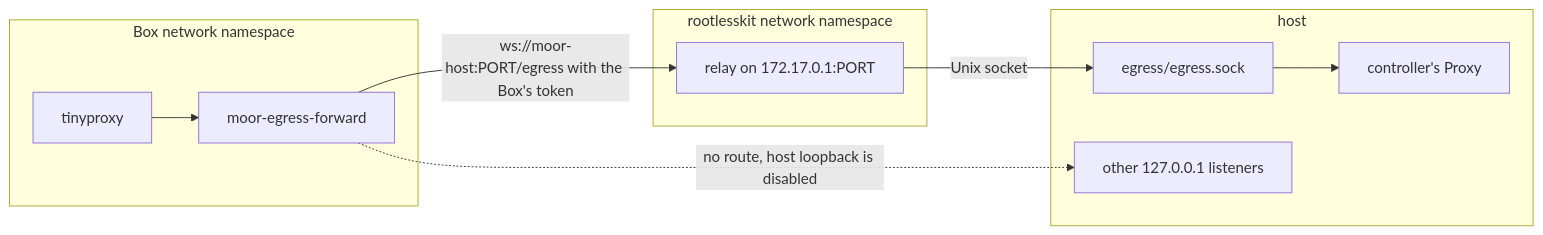
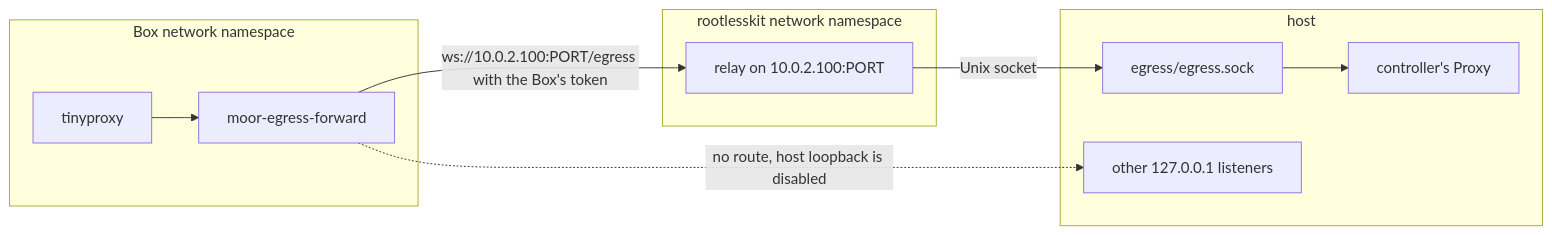
Before and after one commit to IniZio/moor: the diagram in docs/specs/rootless-docker-boxes.md, drawn with Mermaid. The commit also changed other lines of this file, not shown here.

Commit message:
docs(specs): the relay listens on the namespace address, not the gateway

````diff
--- a/docs/specs/rootless-docker-boxes.md
+++ b/docs/specs/rootless-docker-boxes.md
@@ -58,16 +65,16 @@
 ```mermaid
 flowchart LR
   subgraph box["Box network namespace"]
     tp["tinyproxy"] --> fw["moor-egress-forward"]
   end
   subgraph rk["rootlesskit network namespace"]
-    relay["relay on 172.17.0.1:PORT"]
+    relay["relay on 10.0.2.100:PORT"]
   end
   subgraph host["host"]
     sock["egress/egress.sock"] --> proxy["controller's Proxy"]
     lo["other 127.0.0.1 listeners"]
   end
-  fw -->|"ws://moor-host:PORT/egress with the Box's token"| relay
+  fw -->|"ws://10.0.2.100:PORT/egress with the Box's token"| relay
   relay -->|"Unix socket"| sock
   fw -.->|"no route, host loopback is disabled"| lo
 ```
````
